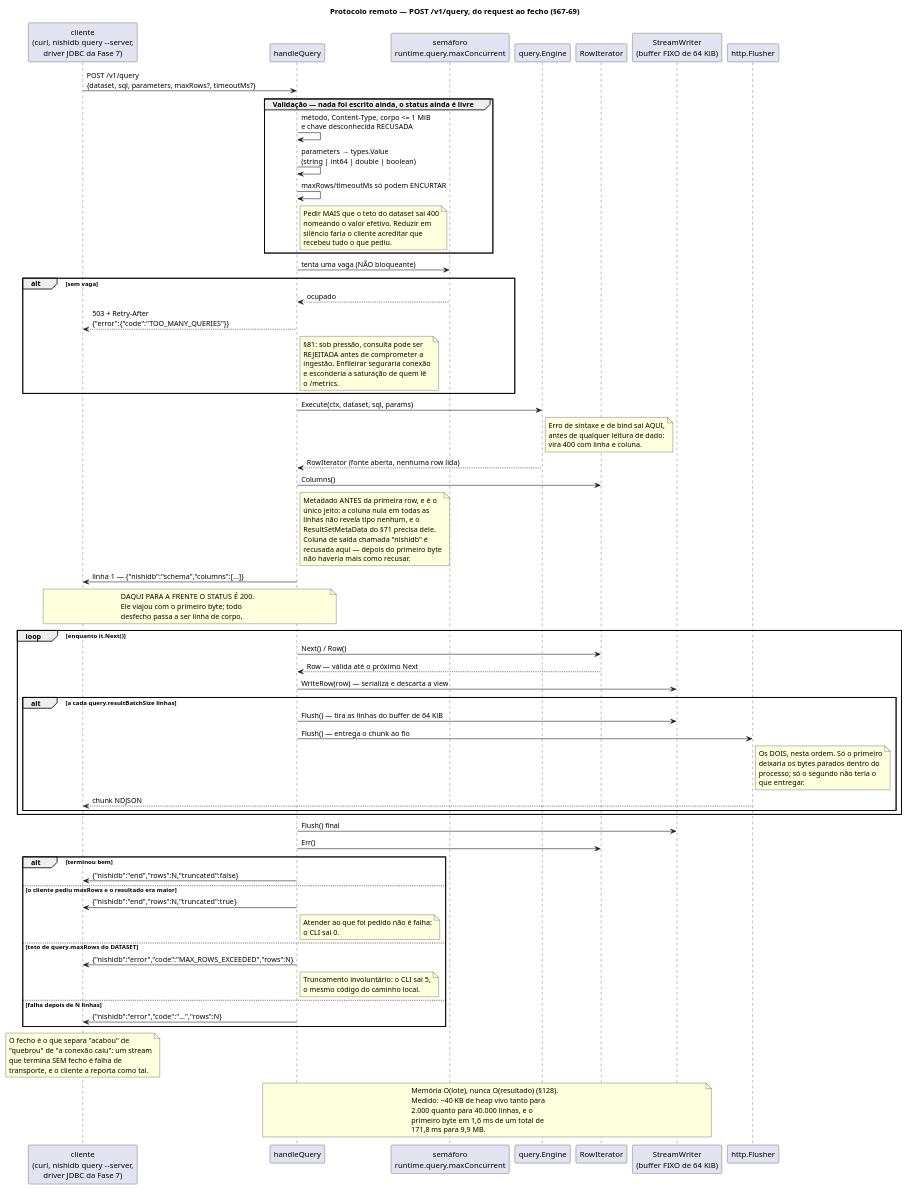
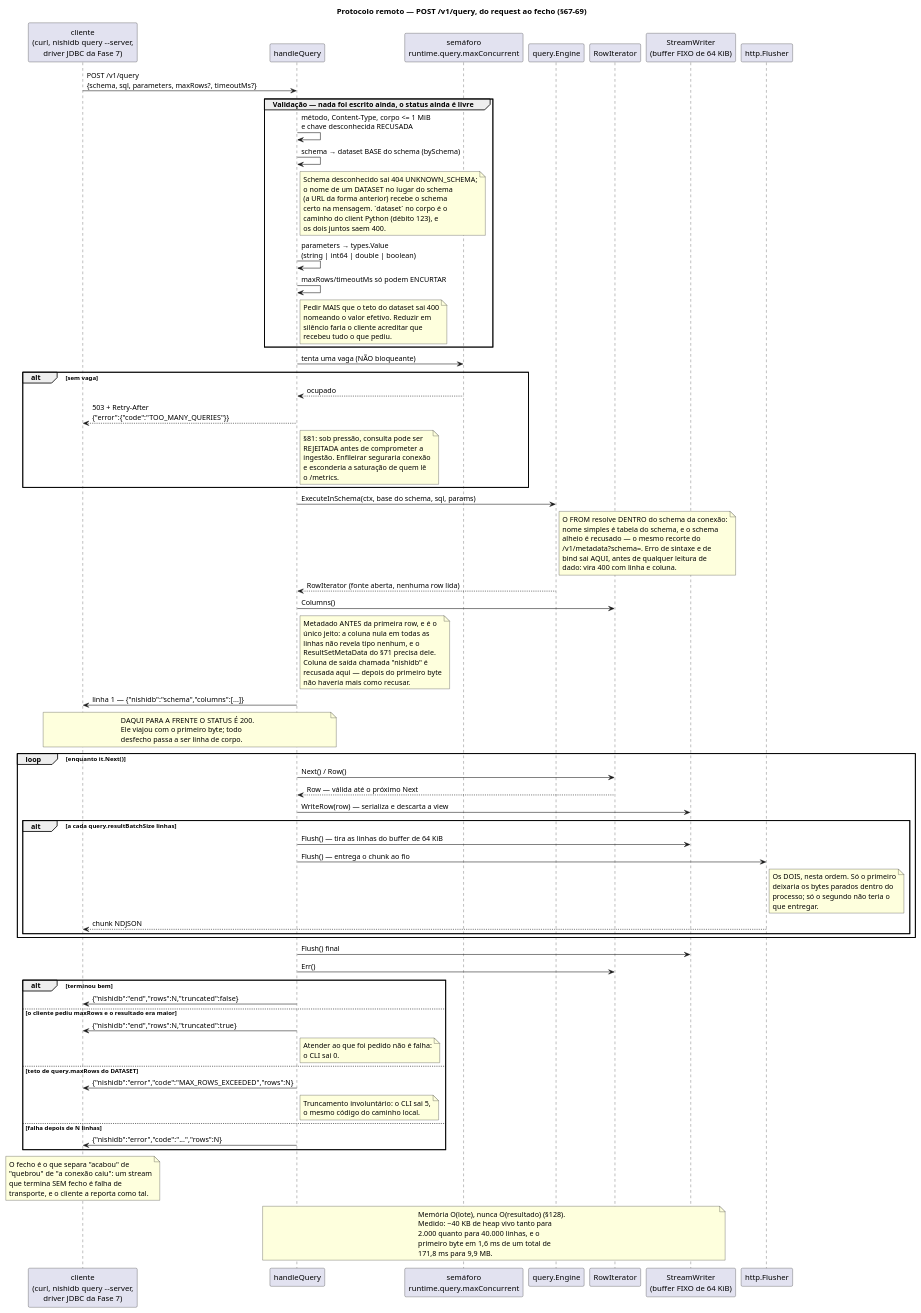
One commit to nishisan-dev/nishidb changed the diagram in docs/diagrams/sequence_query_http.puml. Above: the diagram before and after it, drawn with PlantUML. The commit also changed 51 other files, not shown here.

```diff
--- a/docs/diagrams/sequence_query_http.puml
+++ b/docs/diagrams/sequence_query_http.puml
@@ -1,117 +1,129 @@
 @startuml sequence_query_http
 title Protocolo remoto — POST /v1/query, do request ao fecho (§67-69)
 
 participant "cliente\n(curl, nishidb query --server,\ndriver JDBC da Fase 7)" as cli
 participant "handleQuery" as h
 participant "semáforo\nruntime.query.maxConcurrent" as sem
 participant "query.Engine" as eng
 participant "RowIterator" as it
 participant "StreamWriter\n(buffer FIXO de 64 KiB)" as w
 participant "http.Flusher" as fl
 
-cli -> h : POST /v1/query\n{dataset, sql, parameters, maxRows?, timeoutMs?}
+cli -> h : POST /v1/query\n{schema, sql, parameters, maxRows?, timeoutMs?}
 
 group Validação — nada foi escrito ainda, o status ainda é livre
   h -> h : método, Content-Type, corpo <= 1 MiB\ne chave desconhecida RECUSADA
+  h -> h : schema → dataset BASE do schema (bySchema)
+  note right of h
+    Schema desconhecido sai 404 UNKNOWN_SCHEMA;
+    o nome de um DATASET no lugar do schema
+    (a URL da forma anterior) recebe o schema
+    certo na mensagem. `dataset` no corpo é o
+    caminho do client Python (débito 123), e
+    os dois juntos saem 400.
+  end note
   h -> h : parameters → types.Value\n(string | int64 | double | boolean)
   h -> h : maxRows/timeoutMs só podem ENCURTAR
   note right of h
     Pedir MAIS que o teto do dataset sai 400
     nomeando o valor efetivo. Reduzir em
     silêncio faria o cliente acreditar que
     recebeu tudo o que pediu.
   end note
 end
 
 h -> sem : tenta uma vaga (NÃO bloqueante)
 alt sem vaga
   sem --> h : ocupado
   h --> cli : 503 + Retry-After\n{"error":{"code":"TOO_MANY_QUERIES"}}
   note right of h
     §81: sob pressão, consulta pode ser
     REJEITADA antes de comprometer a
     ingestão. Enfileirar seguraria conexão
     e esconderia a saturação de quem lê
     o /metrics.
   end note
 end
 
-h -> eng : Execute(ctx, dataset, sql, params)
+h -> eng : ExecuteInSchema(ctx, base do schema, sql, params)
 note right of eng
-  Erro de sintaxe e de bind sai AQUI,
-  antes de qualquer leitura de dado:
-  vira 400 com linha e coluna.
+  O FROM resolve DENTRO do schema da conexão:
+  nome simples é tabela do schema, e o schema
+  alheio é recusado — o mesmo recorte do
+  /v1/metadata?schema=. Erro de sintaxe e de
+  bind sai AQUI, antes de qualquer leitura de
+  dado: vira 400 com linha e coluna.
 end note
 eng --> h : RowIterator (fonte aberta, nenhuma row lida)
 
 h -> it : Columns()
 note right of h
   Metadado ANTES da primeira row, e é o
   único jeito: a coluna nula em todas as
   linhas não revela tipo nenhum, e o
   ResultSetMetaData do §71 precisa dele.
   Coluna de saída chamada "nishidb" é
   recusada aqui — depois do primeiro byte
   não haveria mais como recusar.
 end note
 
 h -> cli : linha 1 — {"nishidb":"schema","columns":[...]}
 note over h, cli
   DAQUI PARA A FRENTE O STATUS É 200.
   Ele viajou com o primeiro byte; todo
   desfecho passa a ser linha de corpo.
 end note
 
 loop enquanto it.Next()
   h -> it : Next() / Row()
   it --> h : Row — válida até o próximo Next
   h -> w : WriteRow(row) — serializa e descarta a view
   alt a cada query.resultBatchSize linhas
     h -> w : Flush() — tira as linhas do buffer de 64 KiB
     h -> fl : Flush() — entrega o chunk ao fio
     note right of fl
       Os DOIS, nesta ordem. Só o primeiro
       deixaria os bytes parados dentro do
       processo; só o segundo não teria o
       que entregar.
     end note
     fl --> cli : chunk NDJSON
   end
 end
 
 h -> w : Flush() final
 h -> it : Err()
 
 alt terminou bem
   h -> cli : {"nishidb":"end","rows":N,"truncated":false}
 else o cliente pediu maxRows e o resultado era maior
   h -> cli : {"nishidb":"end","rows":N,"truncated":true}
   note right of h
     Atender ao que foi pedido não é falha:
     o CLI sai 0.
   end note
 else teto de query.maxRows do DATASET
   h -> cli : {"nishidb":"error","code":"MAX_ROWS_EXCEEDED","rows":N}
   note right of h
     Truncamento involuntário: o CLI sai 5,
     o mesmo código do caminho local.
   end note
 else falha depois de N linhas
   h -> cli : {"nishidb":"error","code":"...","rows":N}
 end
 
 note over cli
   O fecho é o que separa "acabou" de
   "quebrou" de "a conexão caiu": um stream
   que termina SEM fecho é falha de
   transporte, e o cliente a reporta como tal.
 end note
 
 note over h, w
   Memória O(lote), nunca O(resultado) (§128).
   Medido: ~40 KB de heap vivo tanto para
   2.000 quanto para 40.000 linhas, e o
   primeiro byte em 1,6 ms de um total de
   171,8 ms para 9,9 MB.
 end note
 @enduml
```
